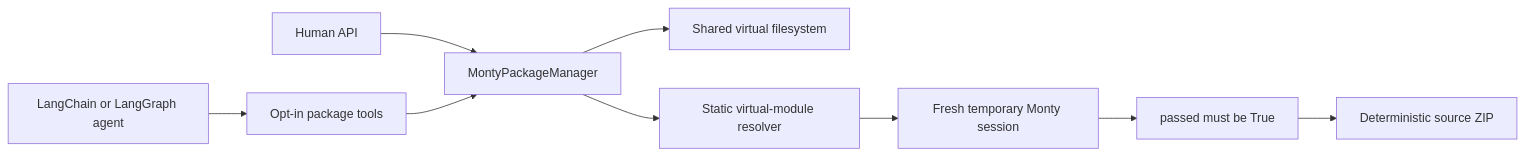
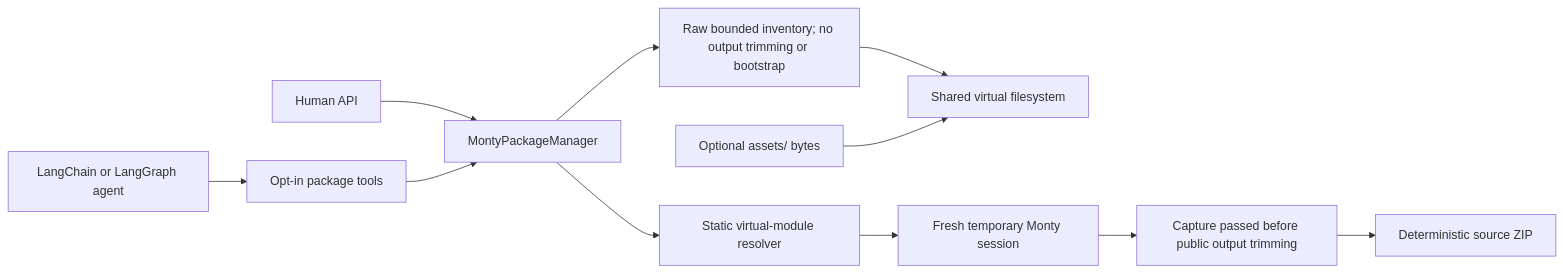
The first of 3 diagrams in docs/monty-source-packages.md (sgaseretto/arenero), drawn with Mermaid before and after one commit. The commit also changed other lines of this file and 23 other files, not shown here.

````diff
--- a/docs/monty-source-packages.md
+++ b/docs/monty-source-packages.md
@@ -31,11 +33,13 @@
 ```mermaid
 flowchart LR
     Human["Human API"] --> Manager["MontyPackageManager"]
     Agent["LangChain or LangGraph agent"] --> Tools["Opt-in package tools"]
     Tools --> Manager
-    Manager --> Files["Shared virtual filesystem"]
+    Manager --> Inventory["Raw bounded inventory; no output trimming or bootstrap"]
+    Inventory --> Files["Shared virtual filesystem"]
+    Assets["Optional assets/ bytes"] --> Files
     Manager --> Resolver["Static virtual-module resolver"]
     Resolver --> Fresh["Fresh temporary Monty session"]
-    Fresh --> Result["passed must be True"]
+    Fresh --> Result["Capture passed before public output trimming"]
     Result --> Zip["Deterministic source ZIP"]
 ```
````
